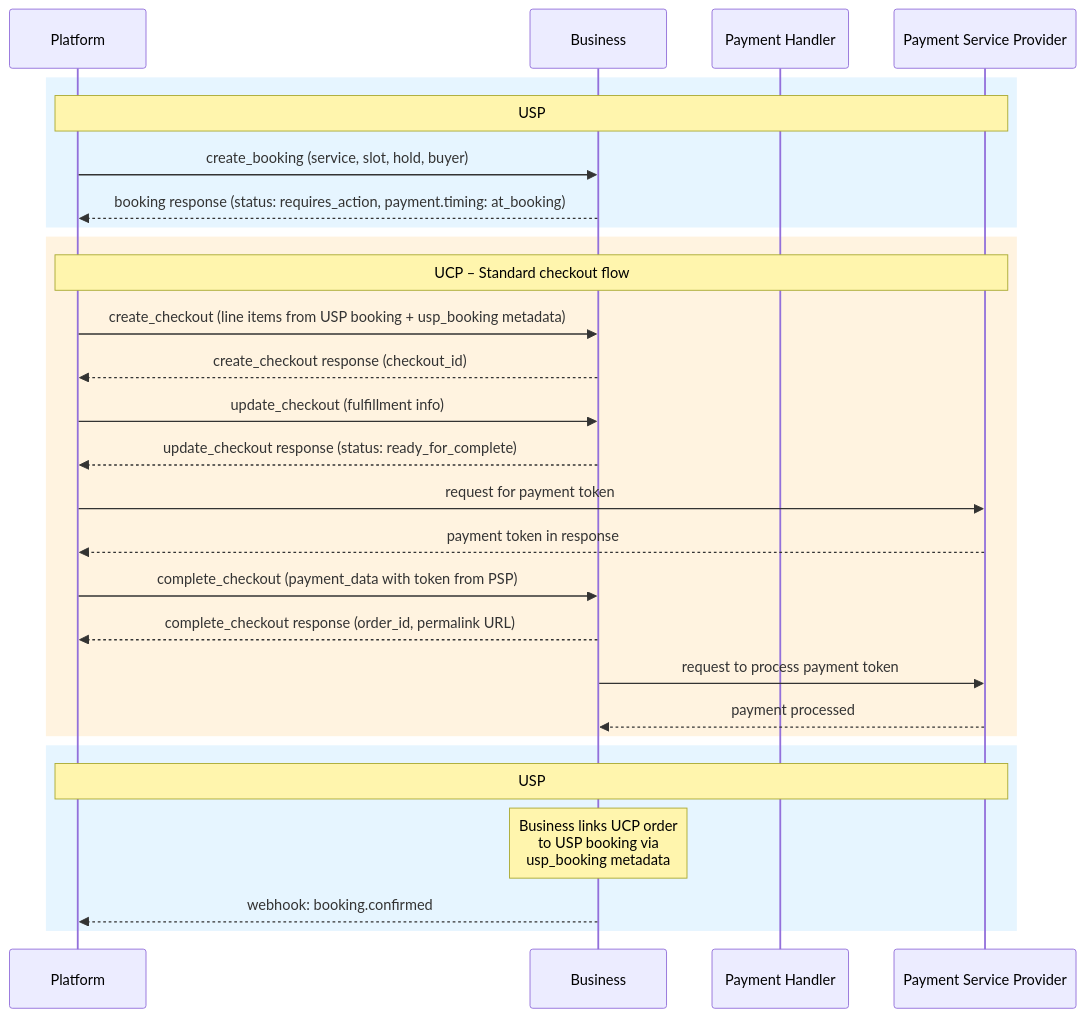
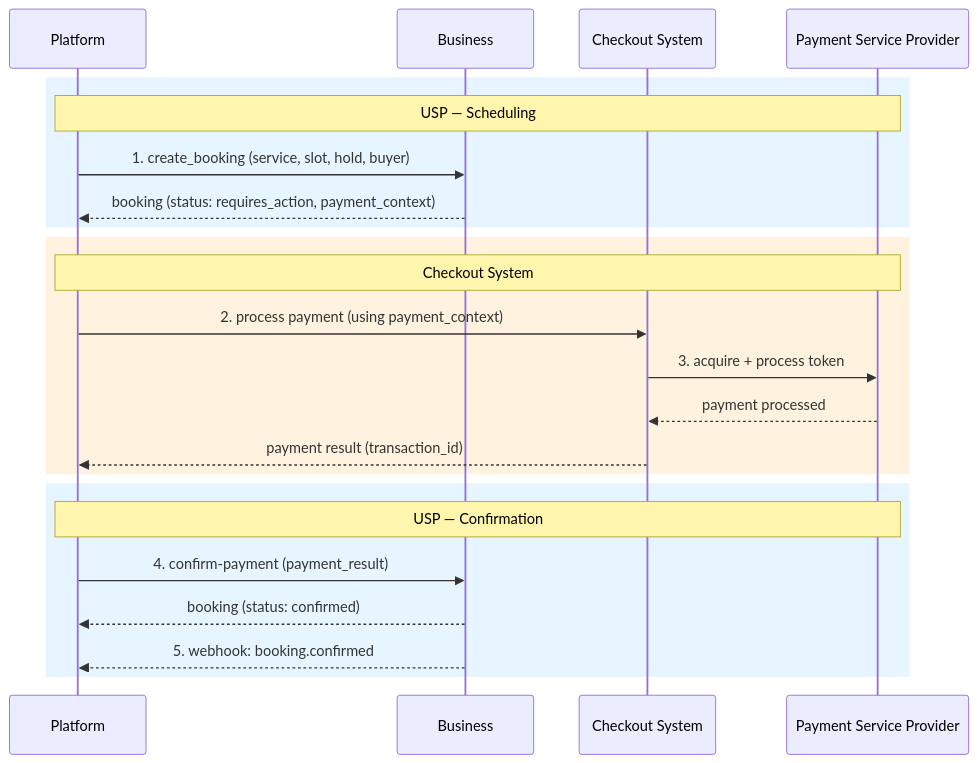
Before and after one commit to wix/universal-scheduling-protocol: the third of 8 diagrams in specification.md, drawn with Mermaid. The commit also changed other lines of this file and 10 other files, not shown here.

````diff
--- a/specification.md
+++ b/specification.md
@@ -1365,33 +1641,28 @@
 ```mermaid
 sequenceDiagram
     participant P as Platform
     participant B as Business
-    participant PH as Payment Handler
+    participant CS as Checkout System
     participant PSP as Payment Service Provider
 
     rect rgb(230, 245, 255)
-    Note over P,PSP: USP
-    P->>B: create_booking (service, slot, hold, buyer)
-    B-->>P: booking response (status: requires_action, payment.timing: at_booking)
+    Note over P,PSP: USP — Scheduling
+    P->>B: 1. create_booking (service, slot, hold, buyer)
+    B-->>P: booking (status: requires_action, payment_context)
     end
 
     rect rgb(255, 243, 224)
-    Note over P,PSP: UCP – Standard checkout flow
-    P->>B: create_checkout (line items from USP booking + usp_booking metadata)
-    B-->>P: create_checkout response (checkout_id)
-    P->>B: update_checkout (fulfillment info)
-    B-->>P: update_checkout response (status: ready_for_complete)
-    P->>PSP: request for payment token
-    PSP-->>P: payment token in response
-    P->>B: complete_checkout (payment_data with token from PSP)
-    B-->>P: complete_checkout response (order_id, permalink URL)
-    B->>PSP: request to process payment token
-    PSP-->>B: payment processed
+    Note over P,PSP: Checkout System
+    P->>CS: 2. process payment (using payment_context)
+    CS->>PSP: 3. acquire + process token
+    PSP-->>CS: payment processed
+    CS-->>P: payment result (transaction_id)
     end
 
     rect rgb(230, 245, 255)
-    Note over P,PSP: USP
-    Note over B: Business links UCP order<br/>to USP booking via<br/>usp_booking metadata
-    B-->>P: webhook: booking.confirmed
+    Note over P,PSP: USP — Confirmation
+    P->>B: 4. confirm-payment (payment_result)
+    B-->>P: booking (status: confirmed)
+    B-->>P: 5. webhook: booking.confirmed
     end
 ```
````
